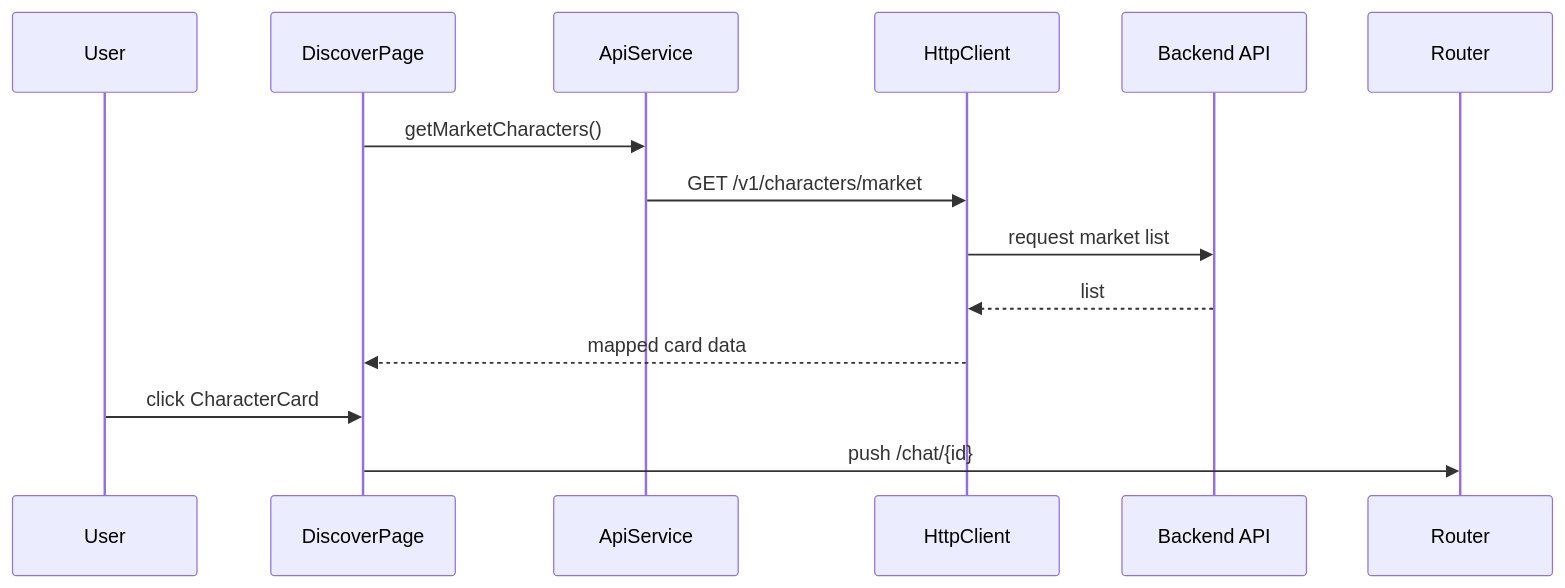
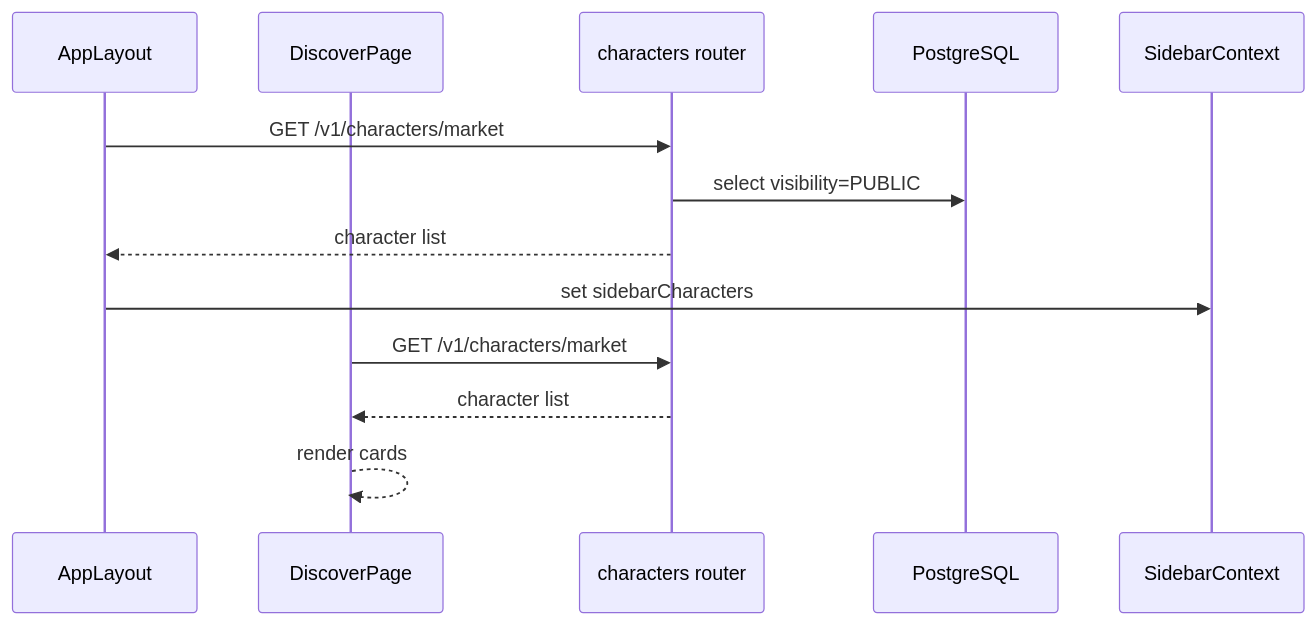
One commit to ChasePassion/role-playing changed the sixth of 13 diagrams in .agent/project.md. Above: the diagram before and after it, drawn with Mermaid. The commit also changed other lines of this file, not shown here.

````diff
--- a/.agent/project.md
+++ b/.agent/project.md
@@ -306,17 +399,17 @@
 ```mermaid
 sequenceDiagram
-    participant U as User
+    participant AL as AppLayout
     participant DP as DiscoverPage
-    participant AS as ApiService
-    participant HC as HttpClient
-    participant API as Backend API
-    participant RT as Router
+    participant CR as characters router
+    participant DB as PostgreSQL
+    participant SC as SidebarContext
 
-    DP->>AS: getMarketCharacters()
-    AS->>HC: GET /v1/characters/market
-    HC->>API: request market list
-    API-->>HC: list
-    HC-->>DP: mapped card data
-    U->>DP: click CharacterCard
-    DP->>RT: push /chat/{id}
+    AL->>CR: GET /v1/characters/market
+    CR->>DB: select visibility=PUBLIC
+    CR-->>AL: character list
+    AL->>SC: set sidebarCharacters
+
+    DP->>CR: GET /v1/characters/market
+    CR-->>DP: character list
+    DP-->>DP: render cards
 ```
````
